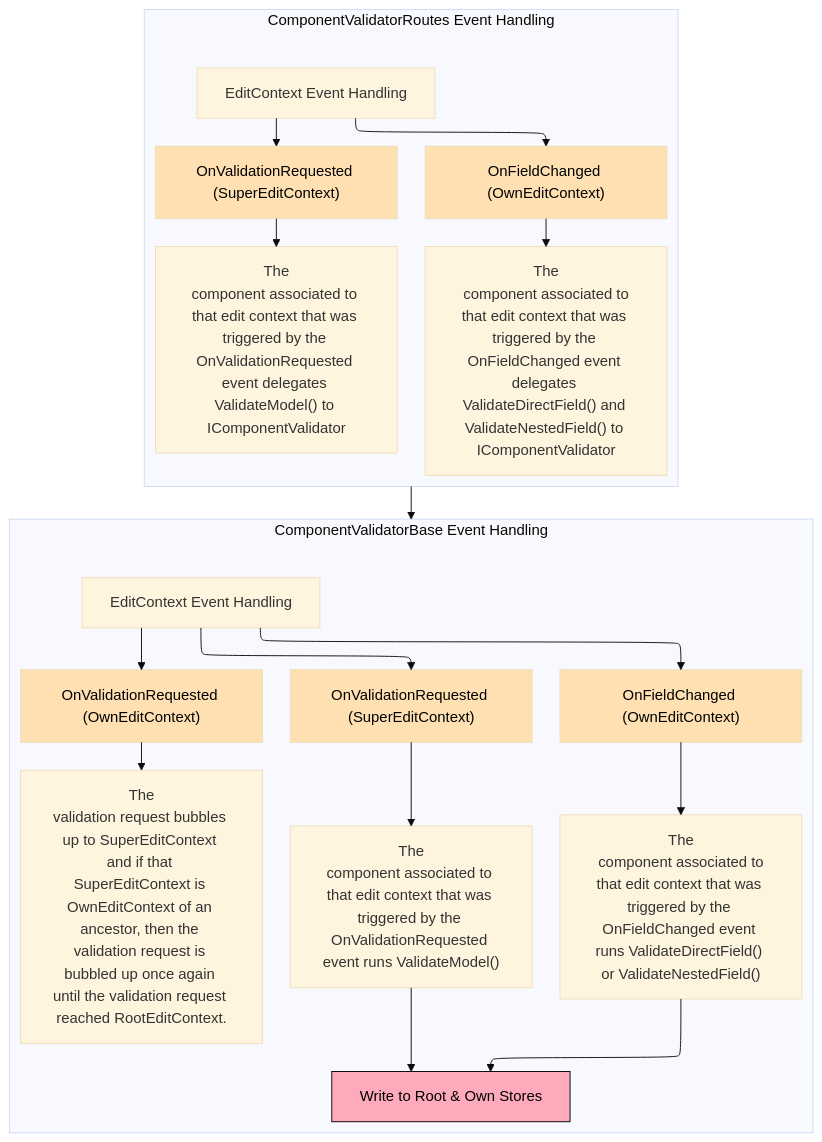
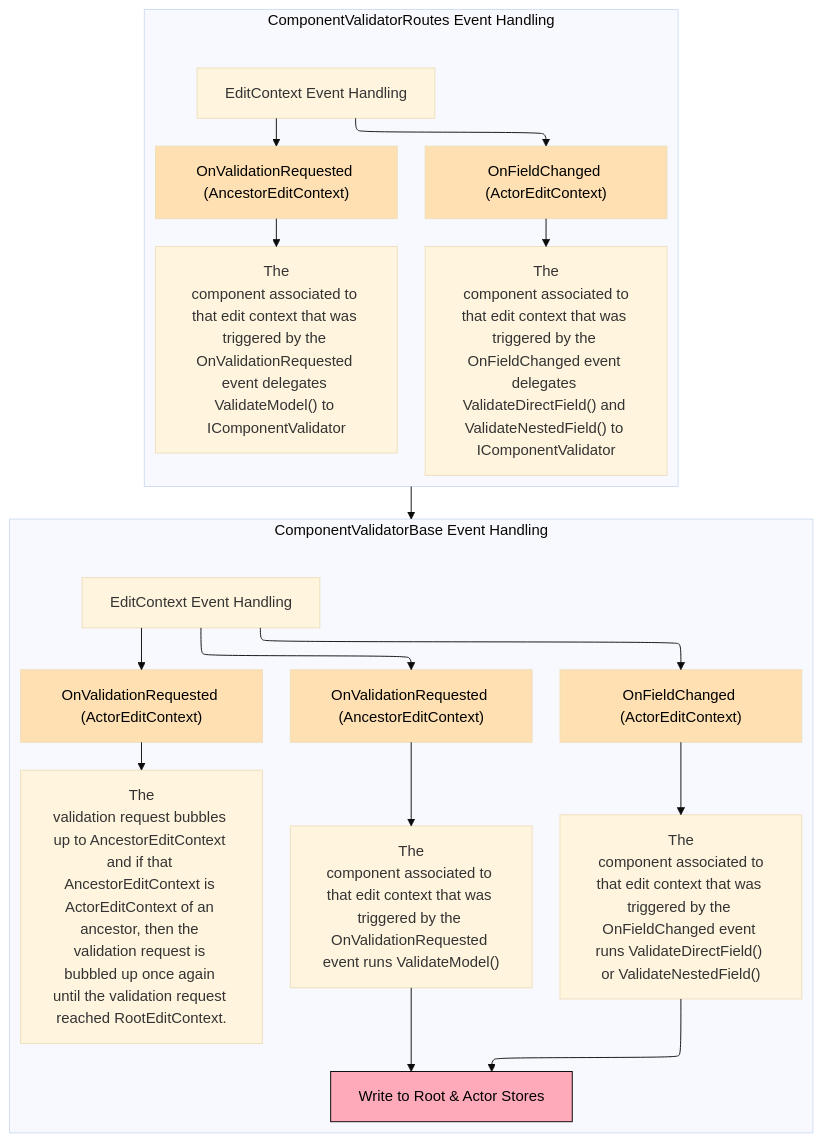
One commit to tenekon/Tenekon.FluentValidation.Extensions changed the second of 2 diagrams in src/Tenekon.FluentValidation.Extensions.AspNetCore.Components/FLOWLOGIC.md. Above: the diagram before and after it, drawn with Mermaid. The commit also changed other lines of this file and 12 other files, not shown here.

````diff
--- a/src/Tenekon.FluentValidation.Extensions.AspNetCore.Components/FLOWLOGIC.md
+++ b/src/Tenekon.FluentValidation.Extensions.AspNetCore.Components/FLOWLOGIC.md
@@ -146,60 +146,60 @@
 ```mermaid
 ---
 config:
   layout: elk
   theme: base
   look: classic
 ---
 flowchart TD
  subgraph s8["ComponentValidatorRoutes Event Handling"]
-        n16["OnValidationRequested (SuperEditContext)"]
+        n16["OnValidationRequested (AncestorEditContext)"]
         n17@{ label: "<span style=\"padding-left:\">The\n component associated to that edit context that was triggered by the \nOnValidationRequested event delegates ValidateModel() to \nIComponentValidator</span>" }
-        n18["OnFieldChanged (OwnEditContext)"]
+        n18["OnFieldChanged (ActorEditContext)"]
         n19["The
  component associated to that edit context that was triggered by the 
 OnFieldChanged event delegates ValidateDirectField() and 
 ValidateNestedField() to IComponentValidator"]
         n20["EditContext Event Handling"]
   end
  subgraph s9["ComponentValidatorBase Event Handling"]
-        n21["OnValidationRequested (OwnEditContext)"]
-        n22@{ label: "The\n validation request bubbles up to SuperEditContext and if that \nSuperEditContext is OwnEditContext of an ancestor, then the vali<span style=\"padding-left:\">dation request </span>is bubbled up once again until the validation request reached RootEditContext." }
-        n23["Write to Root & Own Stores"]
-        n24["OnFieldChanged (OwnEditContext)"]
+        n21["OnValidationRequested (ActorEditContext)"]
+        n22@{ label: "The\n validation request bubbles up to AncestorEditContext and if that \nAncestorEditContext is ActorEditContext of an ancestor, then the vali<span style=\"padding-left:\">dation request </span>is bubbled up once again until the validation request reached RootEditContext." }
+        n23["Write to Root & Actor Stores"]
+        n24["OnFieldChanged (ActorEditContext)"]
         n25["The
  component associated to that edit context that was triggered by the 
 OnFieldChanged event runs ValidateDirectField() or ValidateNestedField()"]
-        n32["OnValidationRequested (SuperEditContext)"]
+        n32["OnValidationRequested (AncestorEditContext)"]
         n33@{ label: "<span style=\"padding-left:\">The\n component associated to that edit context that was triggered by the \nOnValidationRequested event runs ValidateModel()</span>" }
         n34["EditContext Event Handling"]
   end
     n16 --> n17
     n18 --> n19
     n20 --> n18 & n16
     n21 --> n22
     n24 --> n25
     n25 --> n23
     n32 --> n33
     n33 --> n23
     n34 --> n21 & n24 & n32
     s8 --> s9
     n16@{ shape: rect}
     n17@{ shape: rect}
     n18@{ shape: rect}
     n19@{ shape: rect}
     n20@{ shape: rect}
     n21@{ shape: rect}
     n22@{ shape: rect}
     n23@{ shape: rect}
     n24@{ shape: rect}
     n25@{ shape: rect}
     n32@{ shape: rect}
     n33@{ shape: rect}
     n34@{ shape: rect}
     style n16 fill:#FFE0B2,color:#000000
     style n18 fill:#FFE0B2,color:#000000
     style n21 fill:#FFE0B2,color:#000000
     style n23 fill:#fab,stroke:#000,stroke-width:1px,color:#000000
     style n24 fill:#FFE0B2,color:#000000
     style n32 fill:#FFE0B2,color:#000000
 ```
````
